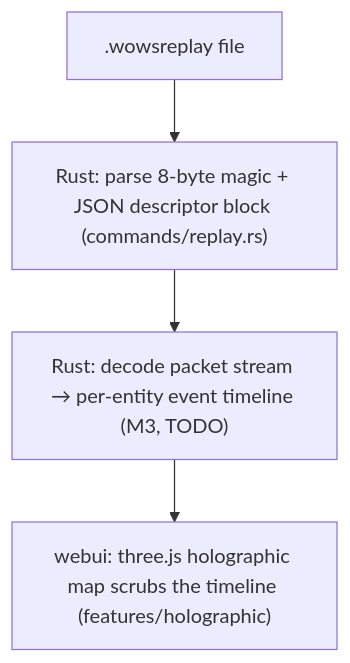
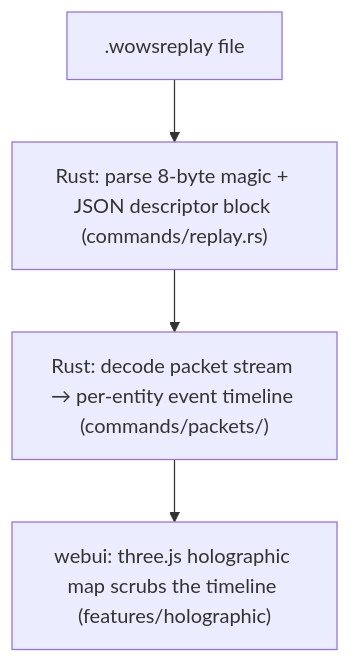
Before and after one commit to langyo/wowsp: the first of 2 diagrams in docs/zh-TW/guides/architecture.md, drawn with Mermaid. The commit also changed other lines of this file and 69 other files, not shown here.

````diff
--- a/docs/zh-TW/guides/architecture.md
+++ b/docs/zh-TW/guides/architecture.md
@@ -15,6 +15,6 @@
 ```mermaid
 flowchart TD
     A[".wowsreplay file"] --> B["Rust: parse 8-byte magic + JSON descriptor block (commands/replay.rs)"]
-    B --> C["Rust: decode packet stream → per-entity event timeline (M3, TODO)"]
+    B --> C["Rust: decode packet stream → per-entity event timeline (commands/packets/)"]
     C --> D["webui: three.js holographic map scrubs the timeline (features/holographic)"]
 ```
````
